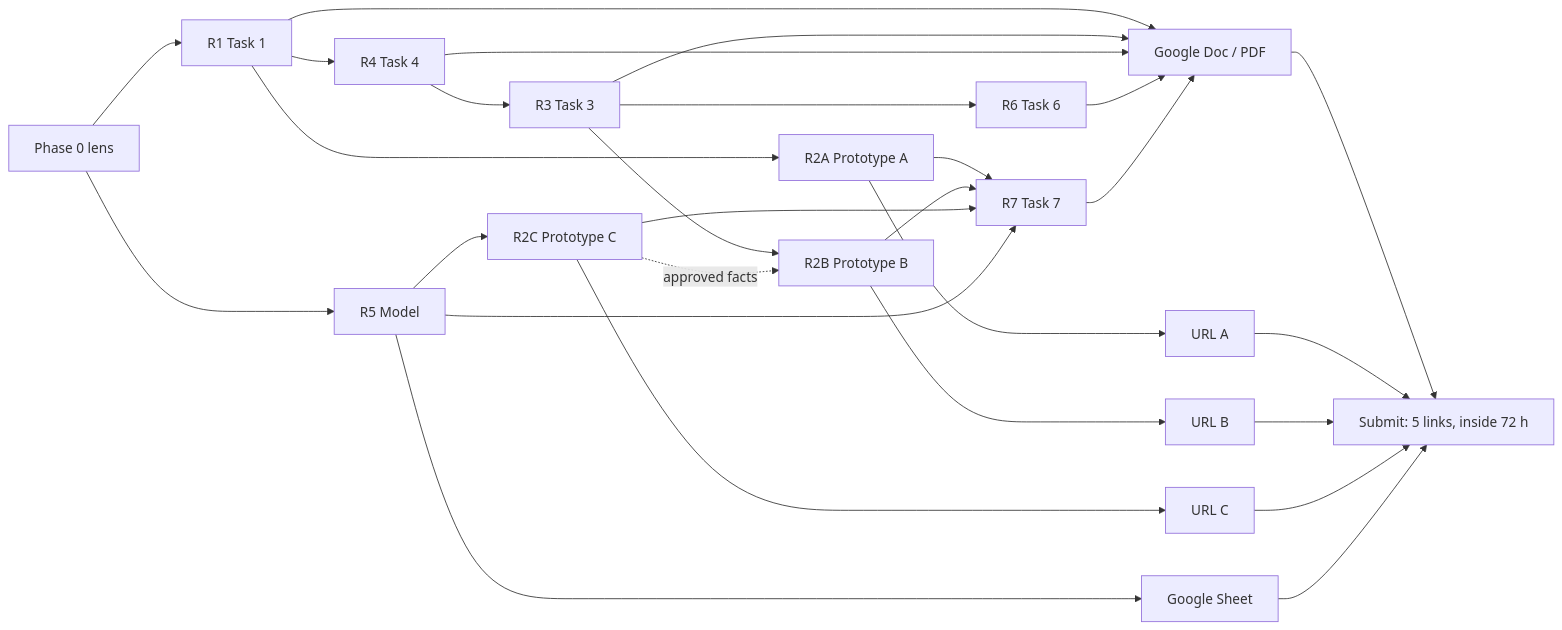
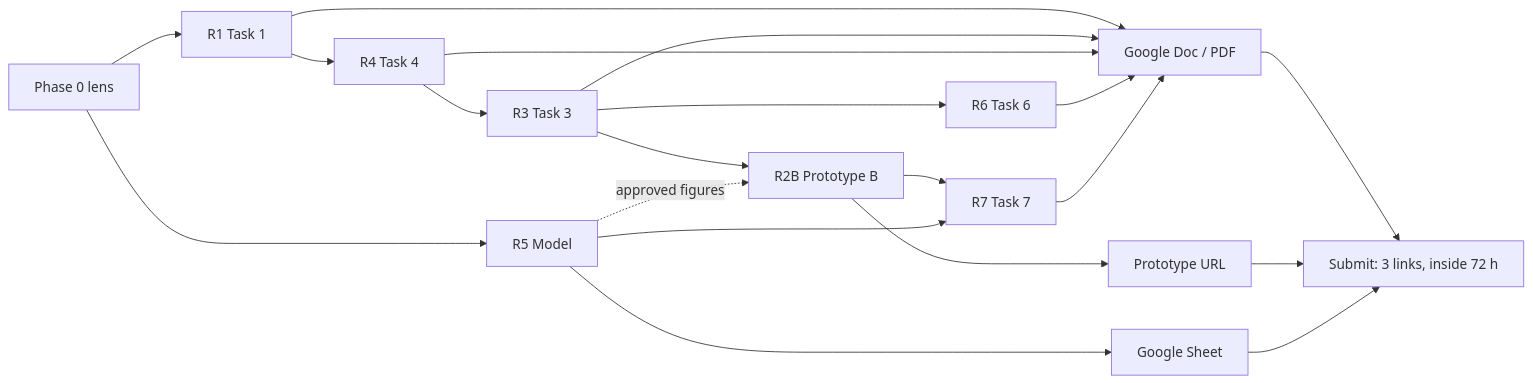
The seventh of 8 diagrams in docs/architecture.md (bhawnamanglapm/Franchise-in-a-Box-OS), drawn with Mermaid before and after one commit. The commit also changed other lines of this file and 37 other files, not shown here.

First line of the commit message:
Task 2 is Option B only: revise D-10 and update docs and diagrams

````diff
--- a/docs/architecture.md
+++ b/docs/architecture.md
@@ -254,30 +237,22 @@
 ```mermaid
 flowchart LR
   L["Phase 0 lens"] --> R1["R1 Task 1"]
   R1 --> R4["R4 Task 4"]
   R4 --> R3["R3 Task 3"]
   R3 --> R2B["R2B Prototype B"]
   L --> R5["R5 Model"]
-  R5 --> R2C["R2C Prototype C"]
-  R2C -. "approved facts" .-> R2B
-  R1 --> R2A["R2A Prototype A"]
+  R5 -. "approved figures" .-> R2B
   R3 --> R6["R6 Task 6"]
-  R2A --> R7["R7 Task 7"]
-  R2B --> R7
-  R2C --> R7
+  R2B --> R7["R7 Task 7"]
   R5 --> R7
   R1 --> DOC["Google Doc / PDF"]
   R3 --> DOC
   R4 --> DOC
   R6 --> DOC
   R7 --> DOC
-  R2A --> URLA["URL A"]
-  R2B --> URLB["URL B"]
-  R2C --> URLC["URL C"]
+  R2B --> URLB["Prototype URL"]
   R5 --> SHEET["Google Sheet"]
-  DOC --> SUB["Submit: 5 links, inside 72 h"]
-  URLA --> SUB
+  DOC --> SUB["Submit: 3 links, inside 72 h"]
   URLB --> SUB
-  URLC --> SUB
   SHEET --> SUB
 ```
````
